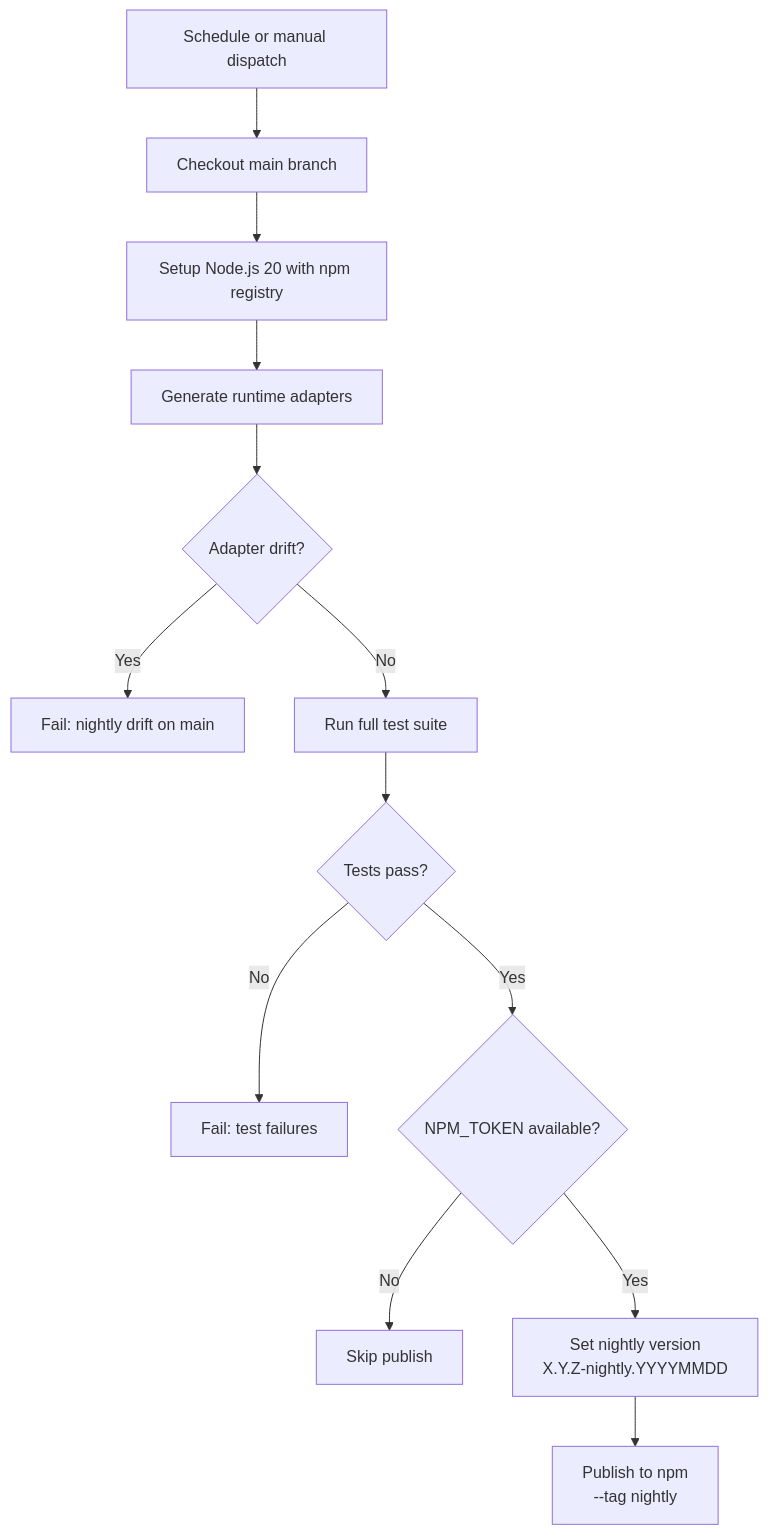
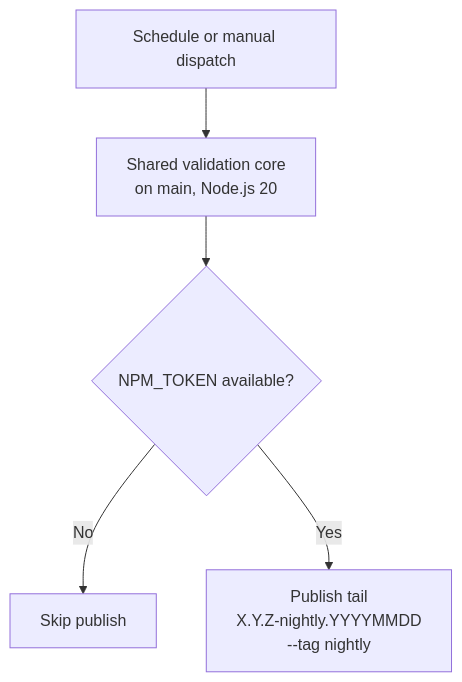
One commit to josstei/maestro-orchestrate changed the fourth of 10 diagrams in docs/cicd.md. Above: the diagram before and after it, drawn with Mermaid. The commit also changed other lines of this file and 6 other files, not shown here.

````diff
--- a/docs/cicd.md
+++ b/docs/cicd.md
@@ -186,15 +197,7 @@
 ```mermaid
 graph TD
-    A["Schedule or manual dispatch"] --> B["Checkout main branch"]
-    B --> C["Setup Node.js 20 with npm registry"]
-    C --> D["Generate runtime adapters"]
-    D --> E{"Adapter drift?"}
-    E --> |"Yes"| F["Fail: nightly drift on main"]
-    E --> |"No"| G["Run full test suite"]
-    G --> H{"Tests pass?"}
-    H --> |"No"| I["Fail: test failures"]
-    H --> |"Yes"| J{"NPM_TOKEN available?"}
+    A["Schedule or manual dispatch"] --> B["Shared validation core<br/>on main, Node.js 20"]
+    B --> J{"NPM_TOKEN available?"}
     J --> |"No"| K["Skip publish"]
-    J --> |"Yes"| L["Set nightly version<br/>X.Y.Z-nightly.YYYYMMDD"]
-    L --> M["Publish to npm<br/>--tag nightly"]
+    J --> |"Yes"| L["Publish tail<br/>X.Y.Z-nightly.YYYYMMDD<br/>--tag nightly"]
 ```
````
